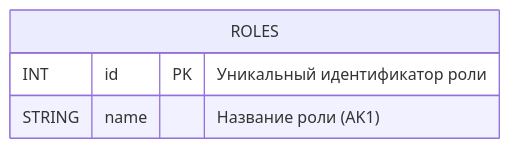
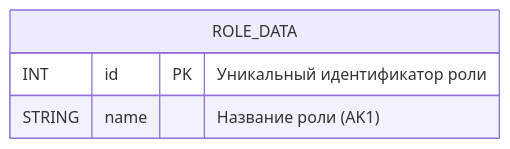
The sixth of 21 diagrams in db/normalized/relations.md (go-park-mail-ru/2024_1_Cyberkotletki), drawn with Mermaid before and after one commit. The commit also changed other lines of this file and 2 other files, not shown here.

````diff
--- a/db/normalized/relations.md
+++ b/db/normalized/relations.md
@@ -161,7 +161,7 @@
 ```mermaid
 erDiagram
-    ROLES {
+    ROLE_DATA {
         INT id PK "Уникальный идентификатор роли"
         STRING name "Название роли (AK1)"
     }
 ```
````
